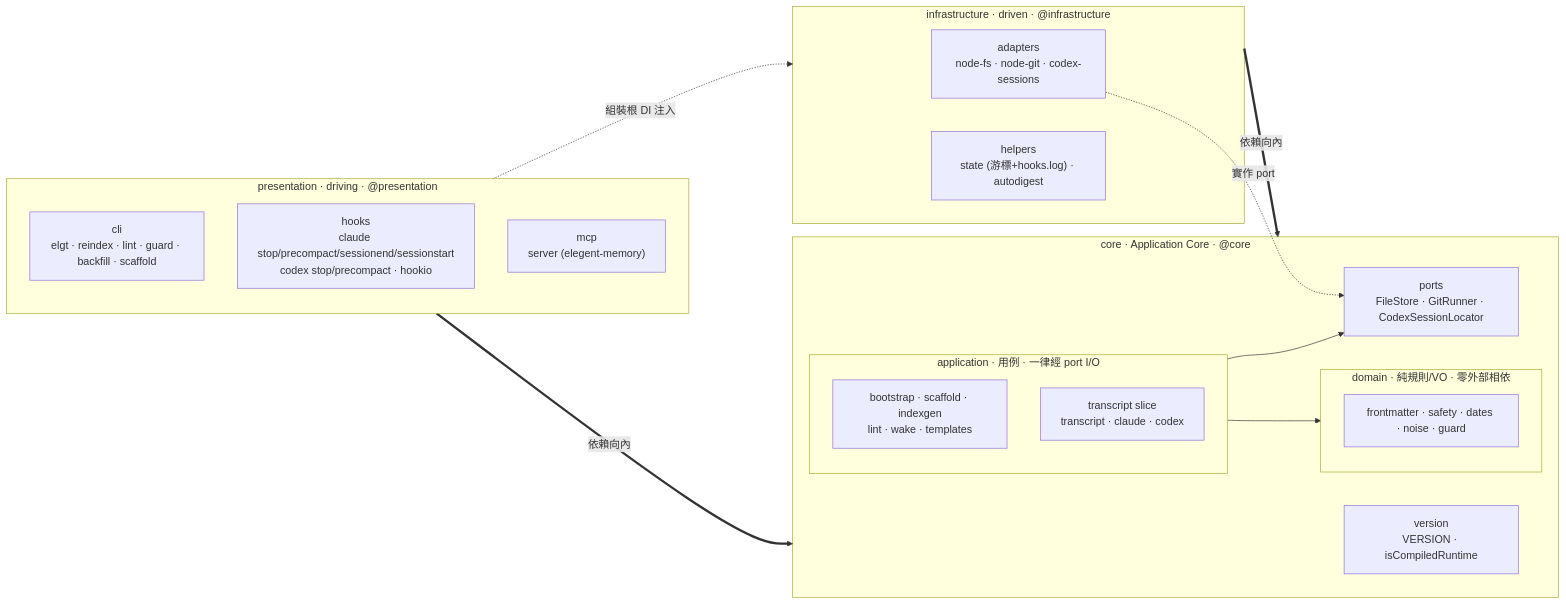
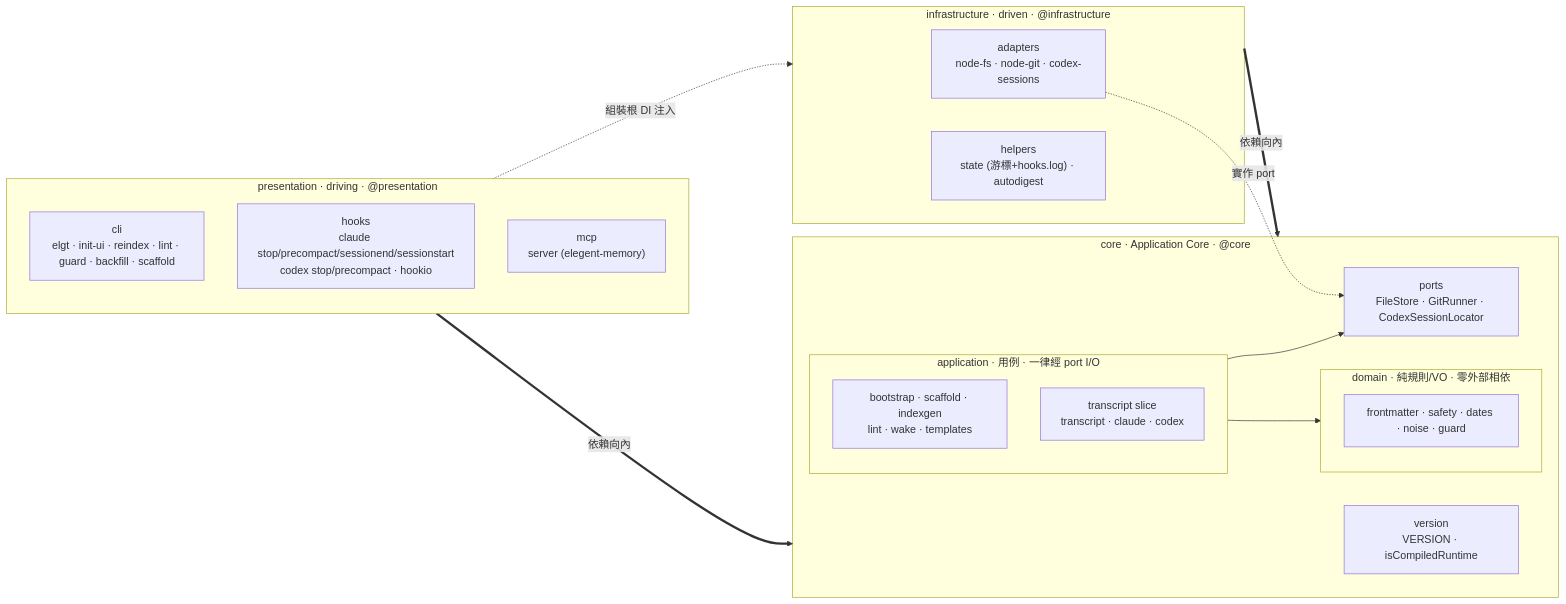
Before and after one commit to neokn/elegent: the second of 5 diagrams in docs/architecture/4plus1.md, drawn with Mermaid. The commit also changed other lines of this file and 4 other files, not shown here.

````diff
--- a/docs/architecture/4plus1.md
+++ b/docs/architecture/4plus1.md
@@ -103,30 +103,30 @@
 ```mermaid
 flowchart LR
     subgraph P["presentation · driving · @presentation"]
-        Pcli["cli<br/>elgt · reindex · lint · guard · backfill · scaffold"]
+        Pcli["cli<br/>elgt · init-ui · reindex · lint · guard · backfill · scaffold"]
         Phooks["hooks<br/>claude stop/precompact/sessionend/sessionstart<br/>codex stop/precompact · hookio"]
         Pmcp["mcp<br/>server (elegent-memory)"]
     end
     subgraph C["core · Application Core · @core"]
         subgraph CA["application · 用例 · 一律經 port I/O"]
             CAuc["bootstrap · scaffold · indexgen<br/>lint · wake · templates"]
             CAts["transcript slice<br/>transcript · claude · codex"]
         end
         subgraph CD["domain · 純規則/VO · 零外部相依"]
             CDdom["frontmatter · safety · dates · noise · guard"]
         end
         Cports["ports<br/>FileStore · GitRunner · CodexSessionLocator"]
         Cver["version<br/>VERSION · isCompiledRuntime"]
     end
     subgraph I["infrastructure · driven · @infrastructure"]
         Iad["adapters<br/>node-fs · node-git · codex-sessions"]
         Ihelp["helpers<br/>state (游標+hooks.log) · autodigest"]
     end
 
     P ==>|依賴向內| C
     I ==>|依賴向內| C
     CA --> CD
     CA --> Cports
     Iad -.實作 port.-> Cports
     P -.組裝根 DI 注入.-> I
 ```
````
